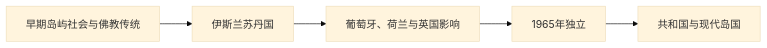
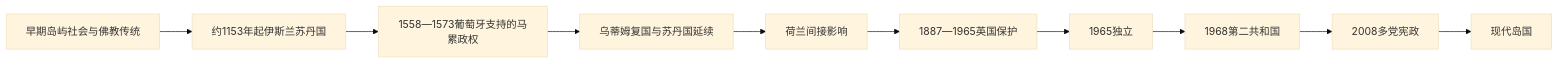
One commit to tianlan-dev/learning-notes changed the diagram in 人文科学/历史/南亚/马尔代夫/README.md. Above: the diagram before and after it, drawn with Mermaid (base theme). The commit also changed other lines of this file and 1417 other files, not shown here.

````diff
--- a/人文科学/历史/南亚/马尔代夫/README.md
+++ b/人文科学/历史/南亚/马尔代夫/README.md
@@ -9,7 +8,12 @@
 ```mermaid
 flowchart LR
-    A["早期岛屿社会与佛教传统"] --> B["伊斯兰苏丹国"]
-    B --> C["葡萄牙、荷兰与英国影响"]
-    C --> D["1965年独立"]
-    D --> E["共和国与现代岛国"]
+    A["早期岛屿社会与佛教传统"] --> B["约1153年起伊斯兰苏丹国"]
+    B --> C["1558—1573葡萄牙支持的马累政权"]
+    C --> D["乌蒂姆复国与苏丹国延续"]
+    D --> E["荷兰间接影响"]
+    E --> F["1887—1965英国保护"]
+    F --> G["1965独立"]
+    G --> H["1968第二共和国"]
+    H --> I["2008多党宪政"]
+    I --> J["现代岛国"]
 ```
````
